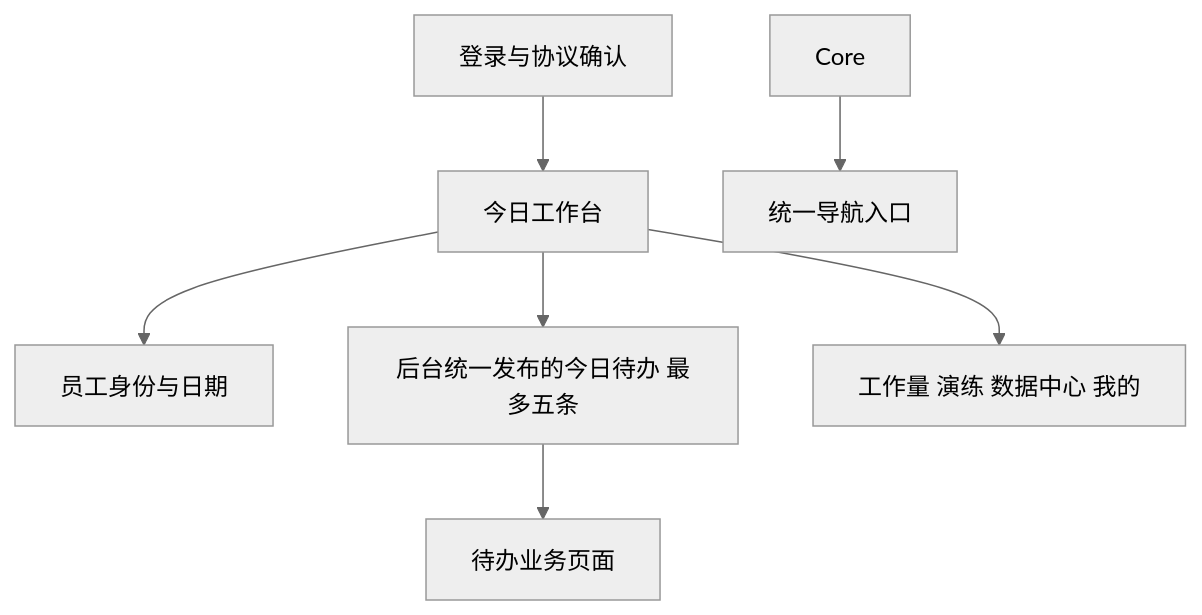
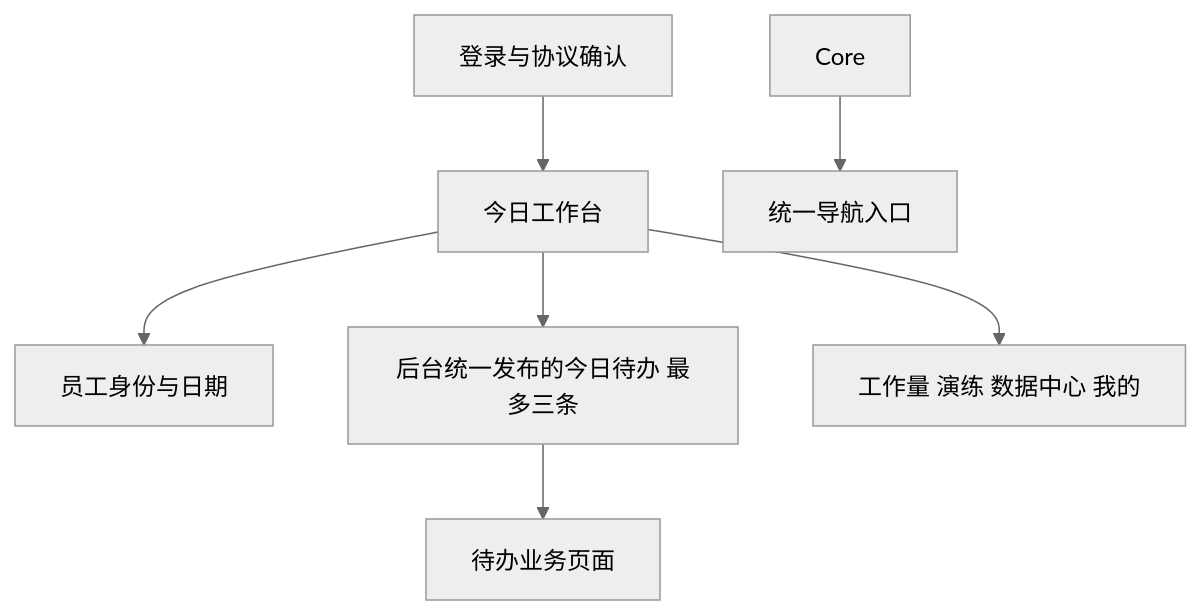
The diagram in .monkeycode/specs/2026-08-31-mini-program-home-entry/plan.md (nn190yxn/zhuiguangxiaoniu), drawn with Mermaid (neutral theme) before and after one commit. The commit also changed other lines of this file and 7 other files, not shown here.

````diff
--- a/.monkeycode/specs/2026-08-31-mini-program-home-entry/plan.md
+++ b/.monkeycode/specs/2026-08-31-mini-program-home-entry/plan.md
@@ -21,9 +21,9 @@
 ```mermaid
 flowchart TD
     Login["登录与协议确认"] --> Home["今日工作台"]
     Home --> Identity["员工身份与日期"]
-    Home --> Focus["后台统一发布的今日待办 最多五条"]
+    Home --> Focus["后台统一发布的今日待办 最多三条"]
     Home --> Tabs["工作量 演练 数据中心 我的"]
     Focus --> TodoRoute["待办业务页面"]
     Core --> BusinessRoute["统一导航入口"]
 ```
````
